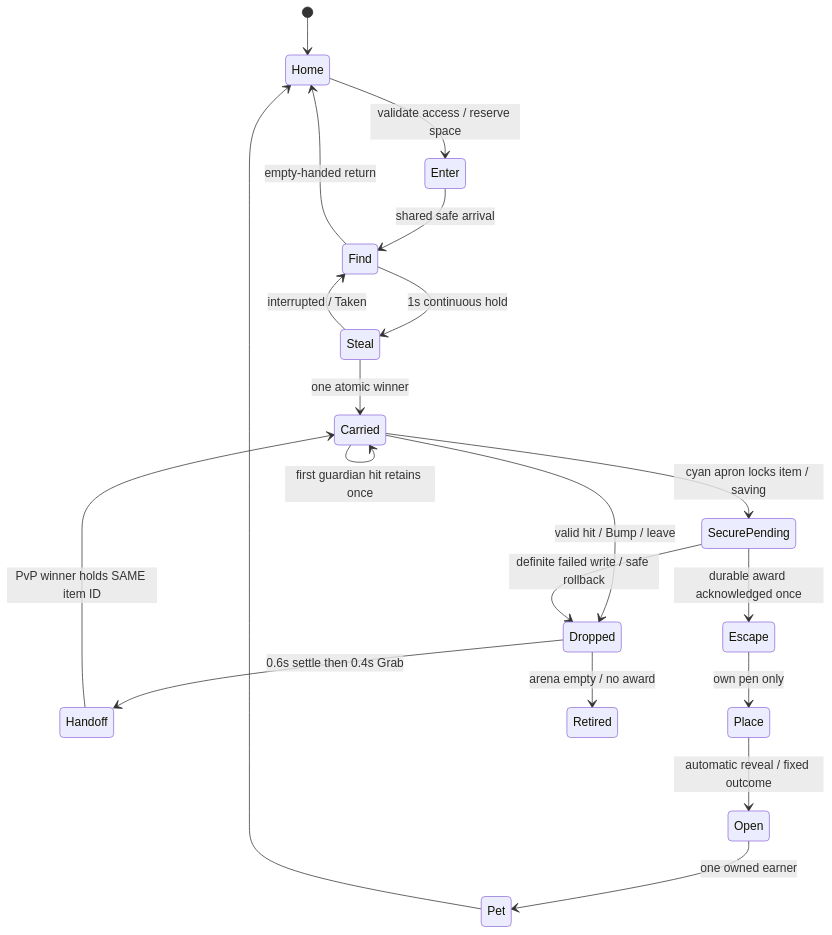
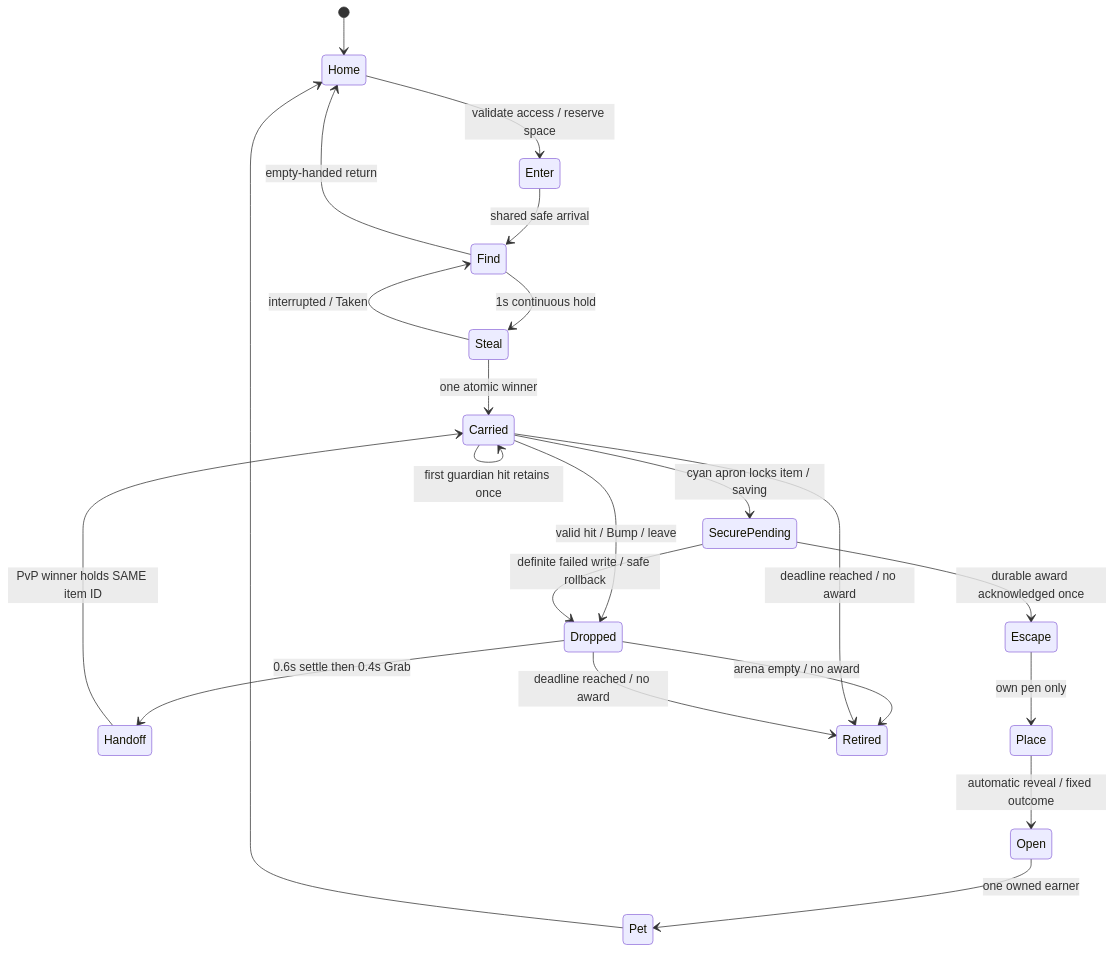
The second of 3 diagrams in pumpkin/production/treasure/GDD.md (Kaboom336/swarmbreak), drawn with Mermaid before and after one commit. The commit also changed other lines of this file and 2 other files, not shown here.

````diff
--- a/pumpkin/production/treasure/GDD.md
+++ b/pumpkin/production/treasure/GDD.md
@@ -63,22 +66,24 @@
 ```mermaid
 stateDiagram-v2
   [*] --> Home
   Home --> Enter: validate access / reserve space
   Enter --> Find: shared safe arrival
   Find --> Steal: 1s continuous hold
   Steal --> Carried: one atomic winner
   Steal --> Find: interrupted / Taken
   Carried --> Dropped: valid hit / Bump / leave
   Carried --> Carried: first guardian hit retains once
   Dropped --> Handoff: 0.6s settle then 0.4s Grab
   Handoff --> Carried: PvP winner holds SAME item ID
   Carried --> SecurePending: cyan apron locks item / saving
   SecurePending --> Escape: durable award acknowledged once
   SecurePending --> Dropped: definite failed write / safe rollback
   Escape --> Place: own pen only
   Place --> Open: automatic reveal / fixed outcome
   Open --> Pet: one owned earner
   Pet --> Home
   Find --> Home: empty-handed return
   Dropped --> Retired: arena empty / no award
+  Carried --> Retired: deadline reached / no award
+  Dropped --> Retired: deadline reached / no award
 ```
````
